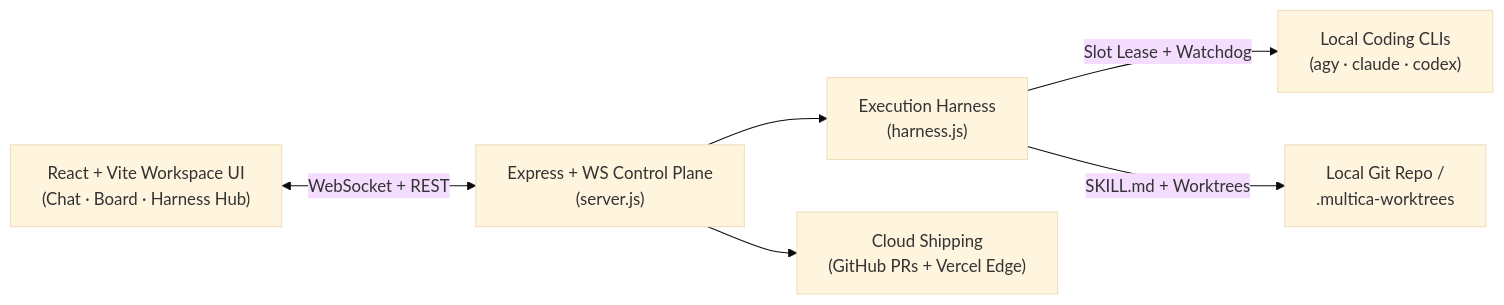
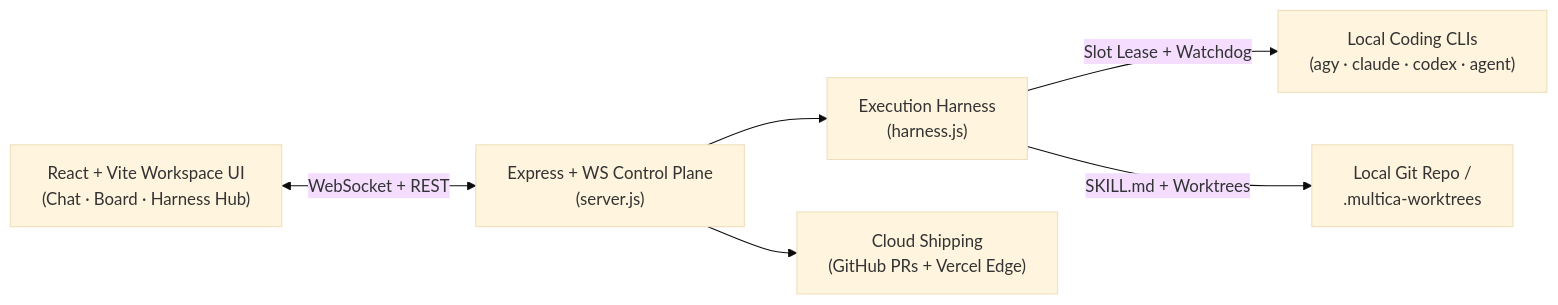
Before and after one commit to josecarlospm/tandem-dev: the diagram in README.md, drawn with Mermaid (base theme). The commit also changed other lines of this file and 4 other files, not shown here.

````diff
--- a/README.md
+++ b/README.md
@@ -35,8 +35,8 @@
 ```mermaid
 flowchart LR
   UI["React + Vite Workspace UI\n(Chat · Board · Harness Hub)"] <-->|WebSocket + REST| Server["Express + WS Control Plane\n(server.js)"]
   Server --> Harness["Execution Harness\n(harness.js)"]
-  Harness -->|Slot Lease + Watchdog| Agents["Local Coding CLIs\n(agy · claude · codex)"]
+  Harness -->|Slot Lease + Watchdog| Agents["Local Coding CLIs\n(agy · claude · codex · agent)"]
   Harness -->|SKILL.md + Worktrees| Repo["Local Git Repo /\n.multica-worktrees"]
   Server --> Ship["Cloud Shipping\n(GitHub PRs + Vercel Edge)"]
 ```
````
